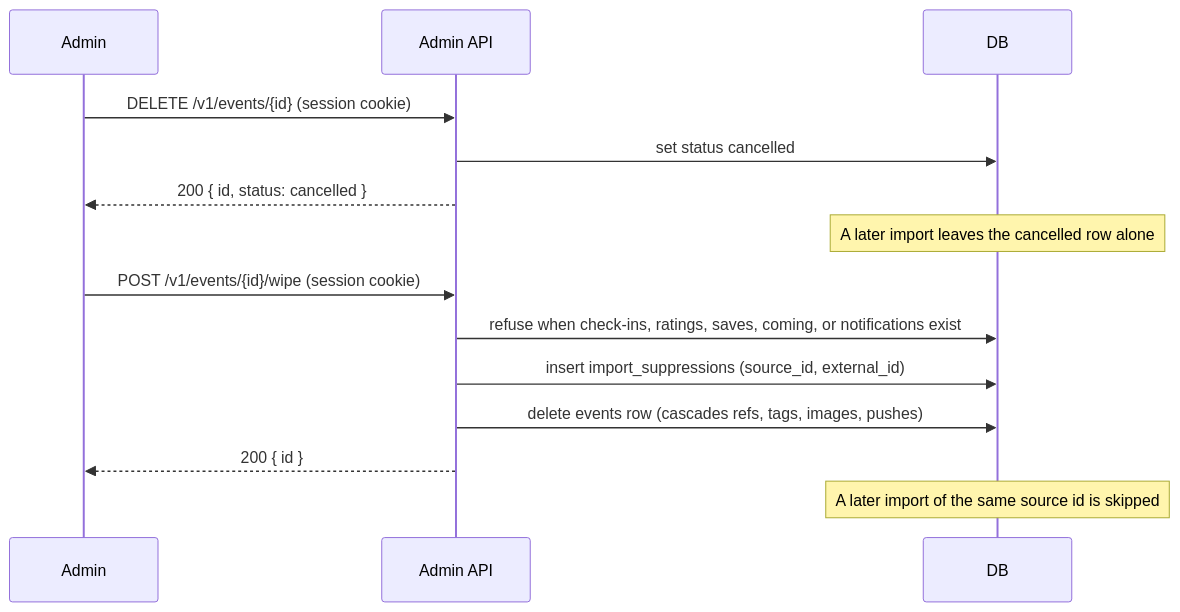
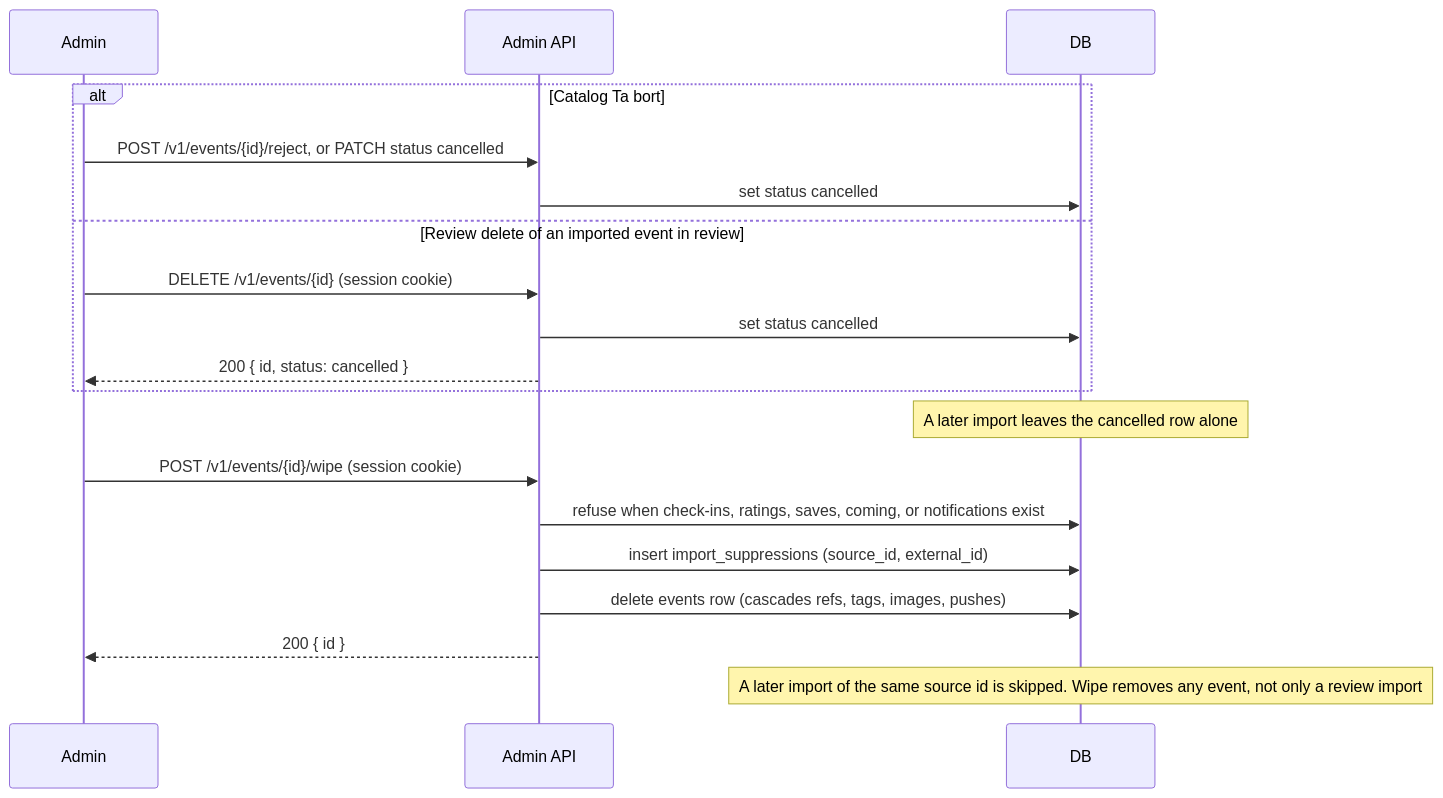
The diagram in docs/flows/import-review-delete.md (BradleySmallbottoms/evently), drawn with Mermaid before and after one commit. The commit also changed other lines of this file and 66 other files, not shown here.

````diff
--- a/docs/flows/import-review-delete.md
+++ b/docs/flows/import-review-delete.md
@@ -6,20 +12,25 @@
 ```mermaid
 sequenceDiagram
   participant Admin
   participant API as Admin API
   participant DB
 
-  Admin->>API: DELETE /v1/events/{id} (session cookie)
-  API->>DB: set status cancelled
-  API-->>Admin: 200 { id, status: cancelled }
+  alt Catalog Ta bort
+    Admin->>API: POST /v1/events/{id}/reject, or PATCH status cancelled
+    API->>DB: set status cancelled
+  else Review delete of an imported event in review
+    Admin->>API: DELETE /v1/events/{id} (session cookie)
+    API->>DB: set status cancelled
+    API-->>Admin: 200 { id, status: cancelled }
+  end
 
   Note over DB: A later import leaves the cancelled row alone
 
   Admin->>API: POST /v1/events/{id}/wipe (session cookie)
   API->>DB: refuse when check-ins, ratings, saves, coming, or notifications exist
   API->>DB: insert import_suppressions (source_id, external_id)
   API->>DB: delete events row (cascades refs, tags, images, pushes)
   API-->>Admin: 200 { id }
 
-  Note over DB: A later import of the same source id is skipped
+  Note over DB: A later import of the same source id is skipped. Wipe removes any event, not only a review import
 ```
````
